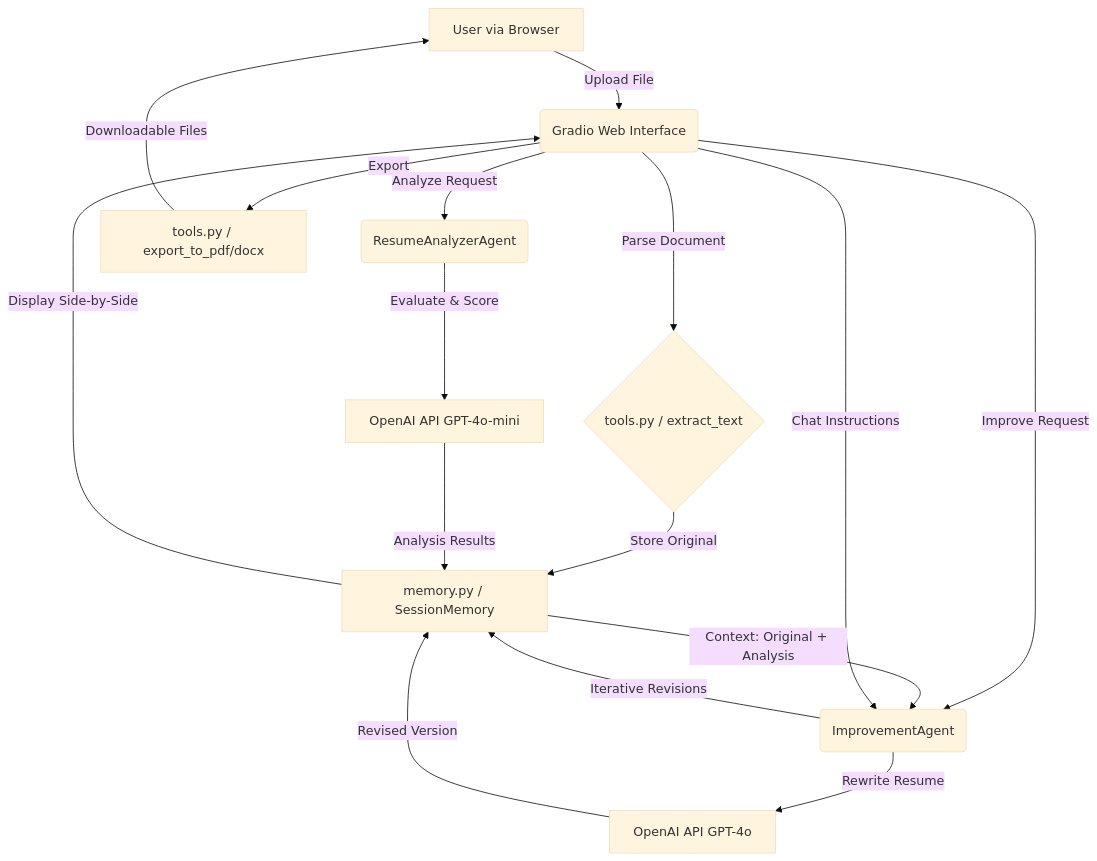
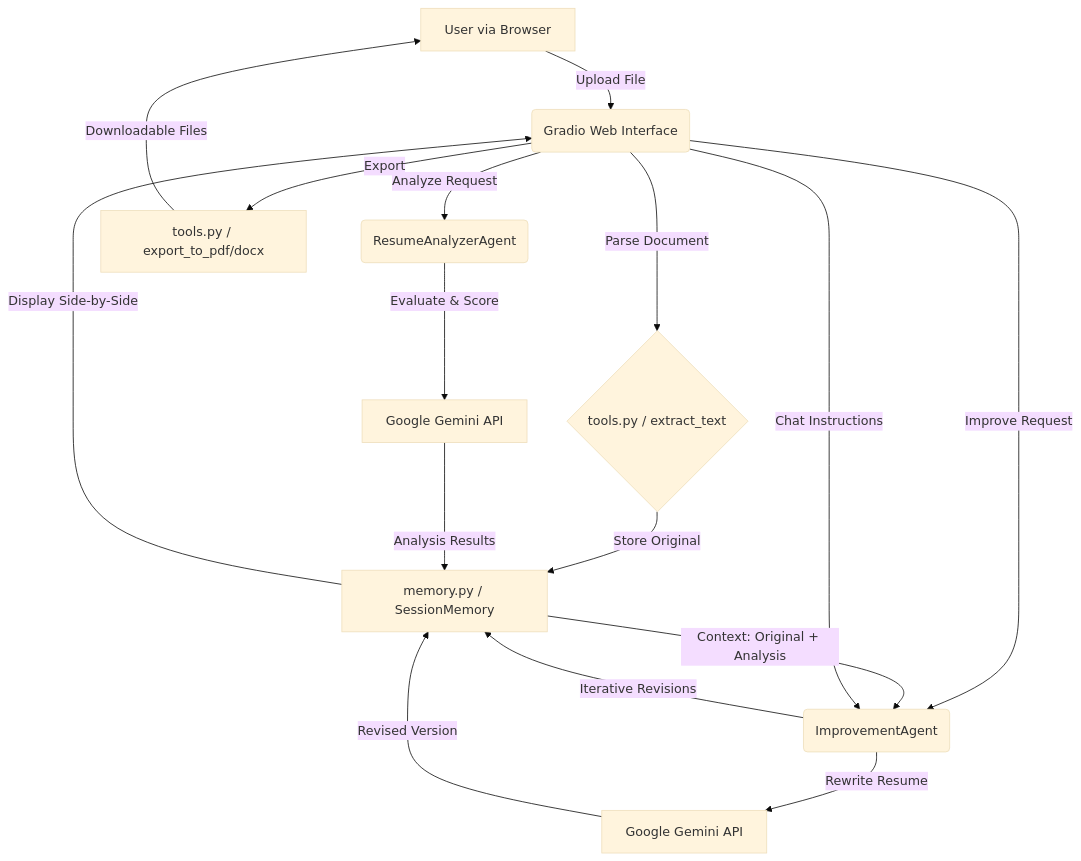
Before and after one commit to kvmalay-lab/resume: the diagram in README.md, drawn with Mermaid (base theme). The commit also changed other lines of this file and 7 other files, not shown here.

````diff
--- a/README.md
+++ b/README.md
@@ -8,23 +8,23 @@
 ```mermaid
 graph TD
     A[User via Browser] -->|Upload File| B(Gradio Web Interface)
     B -->|Parse Document| C{tools.py / extract_text}
     C -->|Store Original| D[memory.py / SessionMemory]
     
     B -->|Analyze Request| E(ResumeAnalyzerAgent)
-    E -->|Evaluate & Score| F[OpenAI API GPT-4o-mini]
+    E -->|Evaluate & Score| F[Google Gemini API]
     F -->|Analysis Results| D
     
     B -->|Improve Request| G(ImprovementAgent)
     D -->|Context: Original + Analysis| G
-    G -->|Rewrite Resume| H[OpenAI API GPT-4o]
+    G -->|Rewrite Resume| H[Google Gemini API]
     H -->|Revised Version| D
     
     D -->|Display Side-by-Side| B
     
     B -->|Chat Instructions| G
     G -->|Iterative Revisions| D
     
     B -->|Export| I[tools.py / export_to_pdf/docx]
     I -->|Downloadable Files| A
 ```
````
